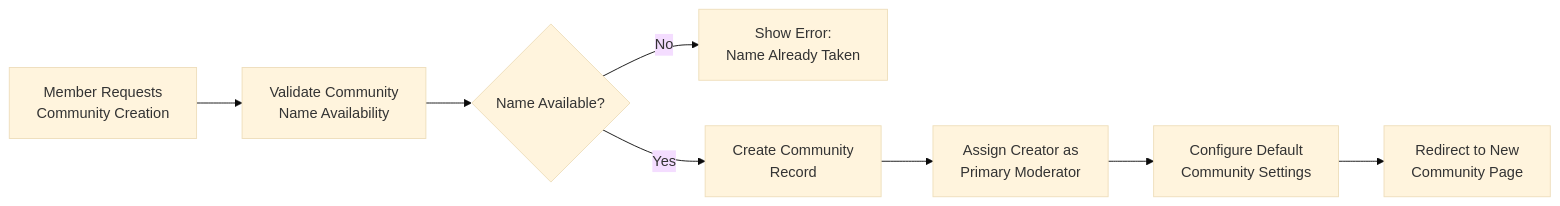
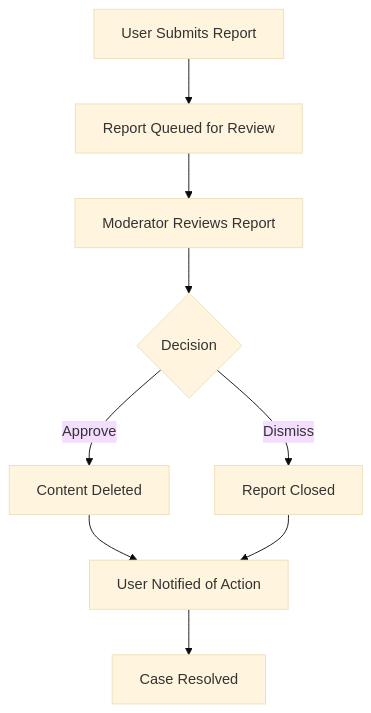
Before and after one commit to wrtnlabs/autobe-examples: the diagram in deepseek/deepseek-v3.1-terminus-exacto/reddit/docs/analysis/01-service-overview.md, drawn with Mermaid (base theme). The commit also changed other lines of this file and 9391 other files, not shown here.

````diff
--- a/deepseek/deepseek-v3.1-terminus-exacto/reddit/docs/analysis/01-service-overview.md
+++ b/deepseek/deepseek-v3.1-terminus-exacto/reddit/docs/analysis/01-service-overview.md
@@ -257,10 +411,11 @@
 ```mermaid
-graph LR
-    A["Member Requests<br/>Community Creation"] --> B["Validate Community<br/>Name Availability"]
-    B --> C{"Name Available?"}
-    C -->|"No"| D["Show Error:<br/>Name Already Taken"]
-    C -->|"Yes"| E["Create Community<br/>Record"]
-    E --> F["Assign Creator as<br/>Primary Moderator"]
-    F --> G["Configure Default<br/>Community Settings"]
-    G --> H["Redirect to New<br/>Community Page"]
+graph TD
+    A["User Submits Report"] --> B["Report Queued for Review"]
+    B --> C["Moderator Reviews Report"]
+    C --> D{"Decision"}
+    D -->|Approve| E["Content Deleted"]
+    D -->|Dismiss| F["Report Closed"]
+    E --> G["User Notified of Action"]
+    F --> G
+    G --> H["Case Resolved"]
 ```
````
